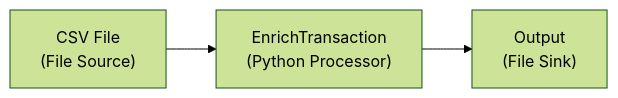
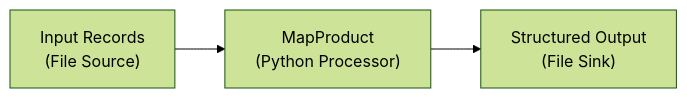
Before and after one commit to layline-io/layline-doc: the diagram in docs/03-assets/processors-flow/asset-flow-python.md, drawn with Mermaid (forest theme). The commit also changed other lines of this file and 1 other file, not shown here.

First line of the commit message:
docs: replace JavaScript and Python Processor examples with header/detail/trailer pattern

````diff
--- a/docs/03-assets/processors-flow/asset-flow-python.md
+++ b/docs/03-assets/processors-flow/asset-flow-python.md
@@ -118,5 +118,5 @@
 ```mermaid
 graph LR
-    A["CSV File<br/>(File Source)"] --> B["EnrichTransaction<br/>(Python Processor)"]
-    B --> C["Output<br/>(File Sink)"]
+    A["Input Records<br/>(File Source)"] --> B["MapProduct<br/>(Python Processor)"]
+    B --> C["Structured Output<br/>(File Sink)"]
 ```
````
